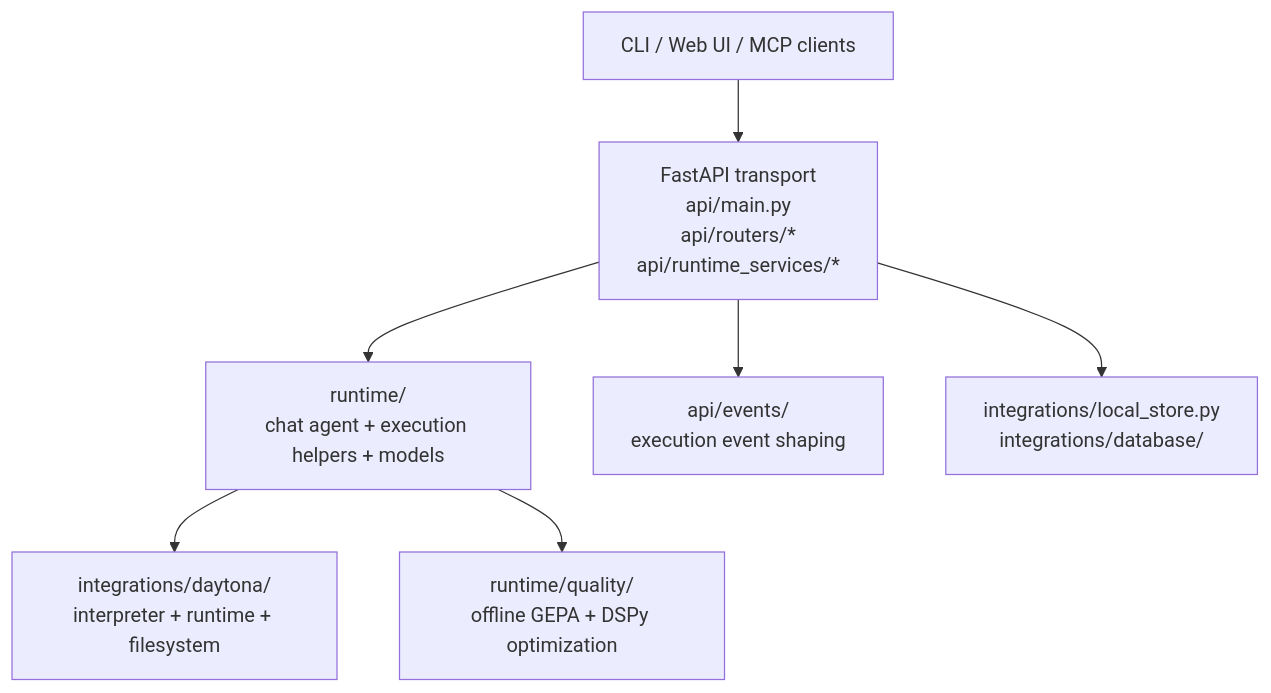
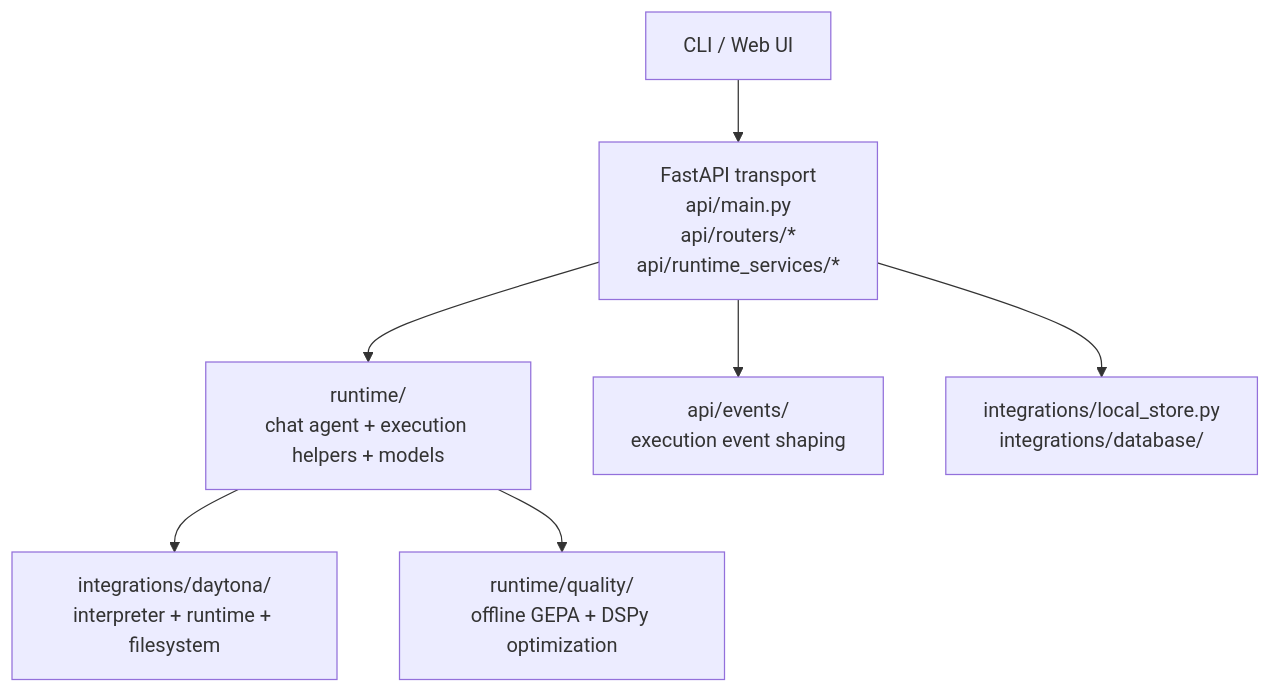
Before and after one commit to Qredence/fleet-rlm: the diagram in docs/architecture.md, drawn with Mermaid. The commit also changed 37 other files, not shown here.

````diff
--- a/docs/architecture.md
+++ b/docs/architecture.md
@@ -11,9 +11,9 @@
 ```mermaid
 graph TB
-    CLIENTS["CLI / Web UI / MCP clients"] --> API["FastAPI transport\napi/main.py\napi/routers/*\napi/runtime_services/*"]
+    CLIENTS["CLI / Web UI"] --> API["FastAPI transport\napi/main.py\napi/routers/*\napi/runtime_services/*"]
     API --> RUNTIME["runtime/\nchat agent + execution helpers + models"]
     RUNTIME --> DAYTONA["integrations/daytona/\ninterpreter + runtime + filesystem"]
     API --> EVENTS["api/events/\nexecution event shaping"]
     API --> PERSISTENCE["integrations/local_store.py\nintegrations/database/"]
     RUNTIME --> QUALITY["runtime/quality/\noffline GEPA + DSPy optimization"]
 ```
````
